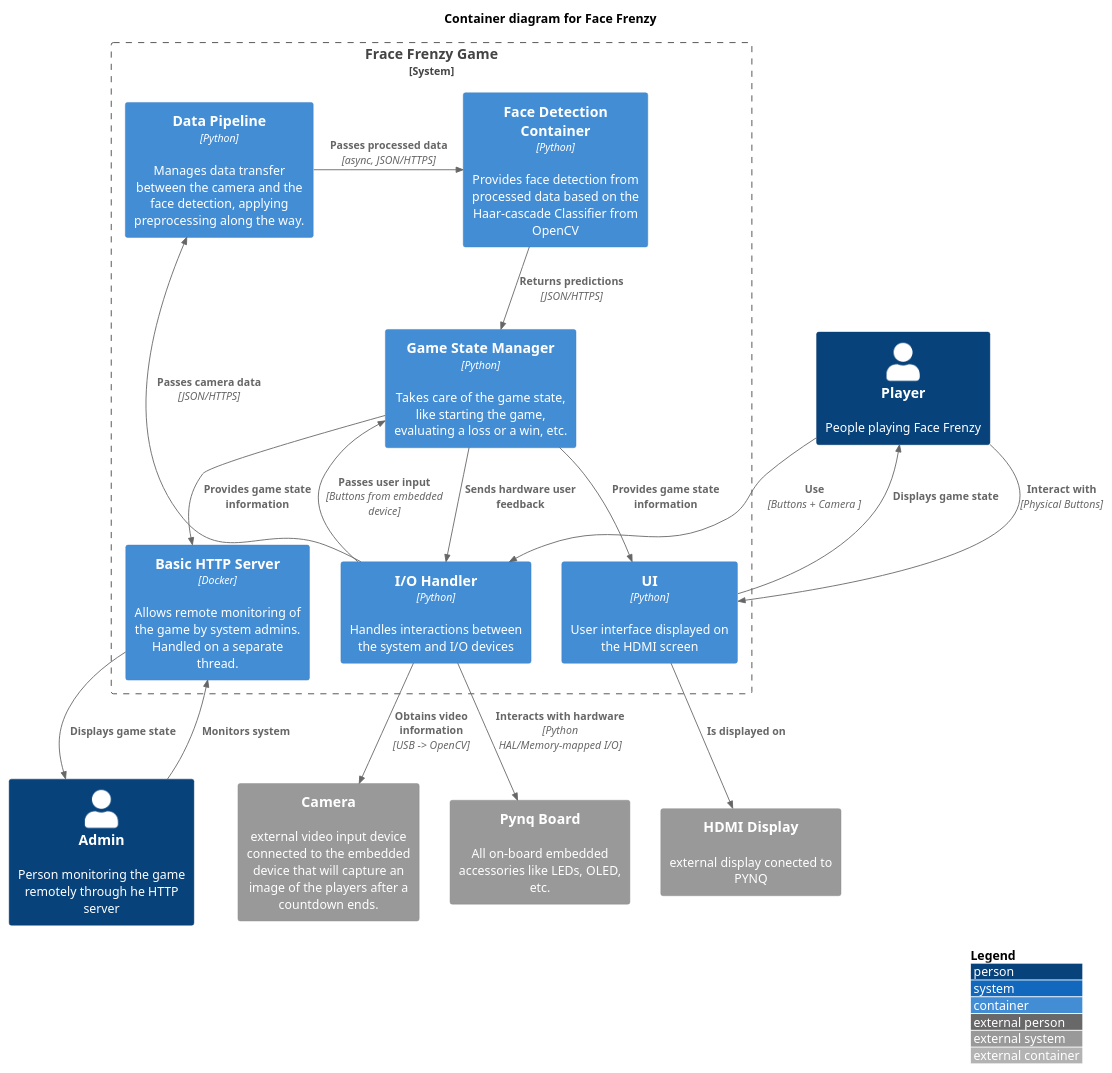
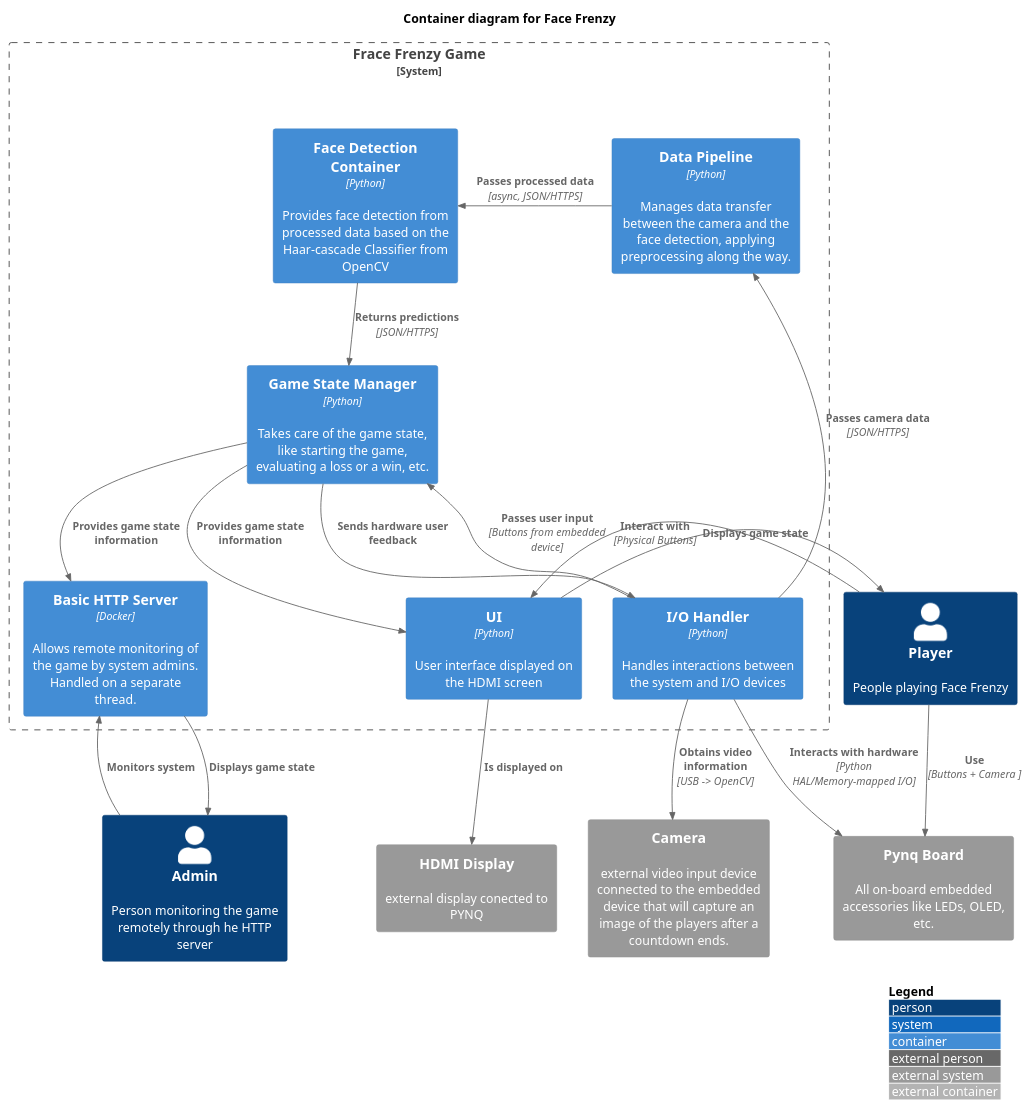
Before and after one commit to Kacper-Grzyb/dse-face-frenzy: the diagram in 1-Class/container.puml, drawn with PlantUML. The commit also changed 1 other file, not shown here.

Commit message:
io handler component diagram finished

```diff
--- a/1-Class/container.puml
+++ b/1-Class/container.puml
@@ -1,42 +1,42 @@
 @startuml
 !include https://raw.githubusercontent.com/plantuml-stdlib/C4-PlantUML/master/C4_Container.puml
 
 LAYOUT_WITH_LEGEND()
 
 title Container diagram for Face Frenzy
 
 Person(players, Player, "People playing Face Frenzy")
 Person(admin, Admin, "Person monitoring the game remotely through he HTTP server")
 
 System_Boundary(c1, "Frace Frenzy Game") {
     Container(face_detection, "Face Detection Container", "Python", "Provides face detection from processed data based on the Haar-cascade Classifier from OpenCV")
     Container(ui, "UI", "Python", "User interface displayed on the HDMI screen")
     Container(io_handler, "I/O Handler", "Python", "Handles interactions between the system and I/O devices")
     Container(game_manager, "Game State Manager", "Python", "Takes care of the game state, like starting the game, evaluating a loss or a win, etc.")
     Container(server, "Basic HTTP Server", "Docker", "Allows remote monitoring of the game by system admins. Handled on a separate thread.")
     Container(pipeline, "Data Pipeline", "Python", "Manages data transfer between the camera and the face detection, applying preprocessing along the way.")
 }
 
 System_Ext(camera, "Camera", "external video input device connected to the embedded device that will capture an image of the players after a countdown ends.")
 System_Ext(pynq, "Pynq Board", "All on-board embedded accessories like LEDs, OLED, etc.")
 System_Ext(display, "HDMI Display", "external display conected to PYNQ")
 
 Rel(players, ui, "Interact with", "Physical Buttons")
-Rel(players, io_handler, "Use", "Buttons + Camera ")
+Rel(players, pynq, "Use", "Buttons + Camera ")
 Rel(io_handler, pynq, "Interacts with hardware", "Python HAL/Memory-mapped I/O")
 Rel(io_handler, camera, "Obtains video information", "USB -> OpenCV")
 Rel(ui, display, "Is displayed on")
 
 Rel(io_handler, pipeline, "Passes camera data", "JSON/HTTPS")
 Rel_Neighbor(pipeline, face_detection, "Passes processed data", "async, JSON/HTTPS")
 Rel(face_detection, game_manager, "Returns predictions", "JSON/HTTPS")
 Rel(ui, players, "Displays game state")
 Rel(io_handler, game_manager, "Passes user input", "Buttons from embedded device")
 Rel(game_manager, io_handler, "Sends hardware user feedback")
 Rel(game_manager, ui, "Provides game state information")
 Rel(game_manager, server, "Provides game state information")
 
 Rel(admin, server, "Monitors system")
 Rel(server, admin, "Displays game state")
 
 @enduml
```
